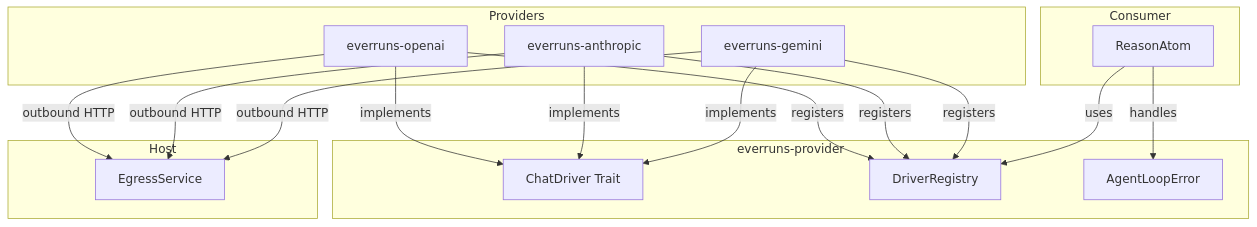
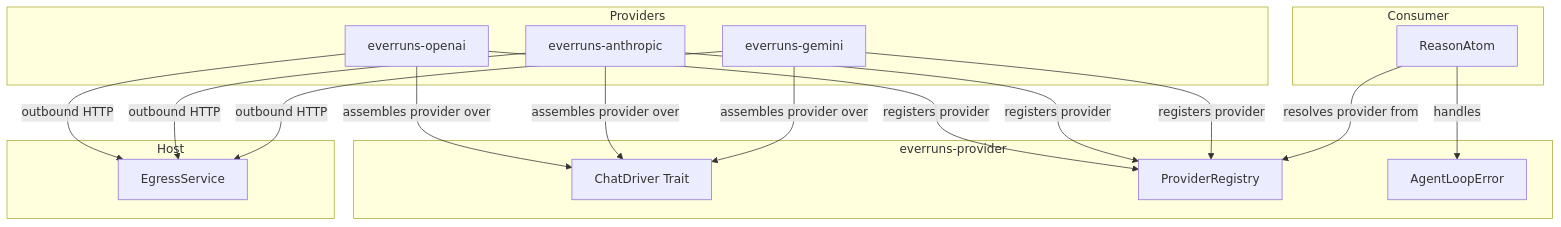
The first of 2 diagrams in knowledge/foundations/llm-drivers.md (everruns/everruns), drawn with Mermaid before and after one commit. The commit also changed other lines of this file and 89 other files, not shown here.

````diff
--- a/knowledge/foundations/llm-drivers.md
+++ b/knowledge/foundations/llm-drivers.md
@@ -25,34 +26,34 @@
 ```mermaid
 graph TD
     subgraph Provider [everruns-provider]
         ChatDriver[ChatDriver Trait]
-        Registry[DriverRegistry]
+        Registry[ProviderRegistry]
         Errors[AgentLoopError]
     end
 
     subgraph Providers
         OpenAI[everruns-openai]
         Anthropic[everruns-anthropic]
         Gemini[everruns-gemini]
     end
 
     subgraph Host
         Egress[EgressService]
     end
 
     subgraph Consumer
         ReasonAtom[ReasonAtom]
     end
 
-    OpenAI -->|implements| ChatDriver
-    Anthropic -->|implements| ChatDriver
-    Gemini -->|implements| ChatDriver
-    OpenAI -->|registers| Registry
-    Anthropic -->|registers| Registry
-    Gemini -->|registers| Registry
-    ReasonAtom -->|uses| Registry
+    OpenAI -->|assembles provider over| ChatDriver
+    Anthropic -->|assembles provider over| ChatDriver
+    Gemini -->|assembles provider over| ChatDriver
+    OpenAI -->|registers provider| Registry
+    Anthropic -->|registers provider| Registry
+    Gemini -->|registers provider| Registry
+    ReasonAtom -->|resolves provider from| Registry
     OpenAI -->|outbound HTTP| Egress
     Anthropic -->|outbound HTTP| Egress
     Gemini -->|outbound HTTP| Egress
     ReasonAtom -->|handles| Errors
 ```
````
